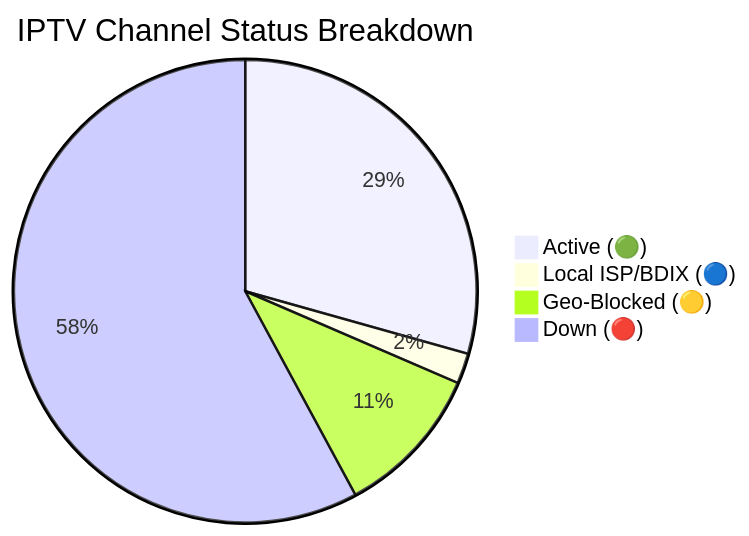
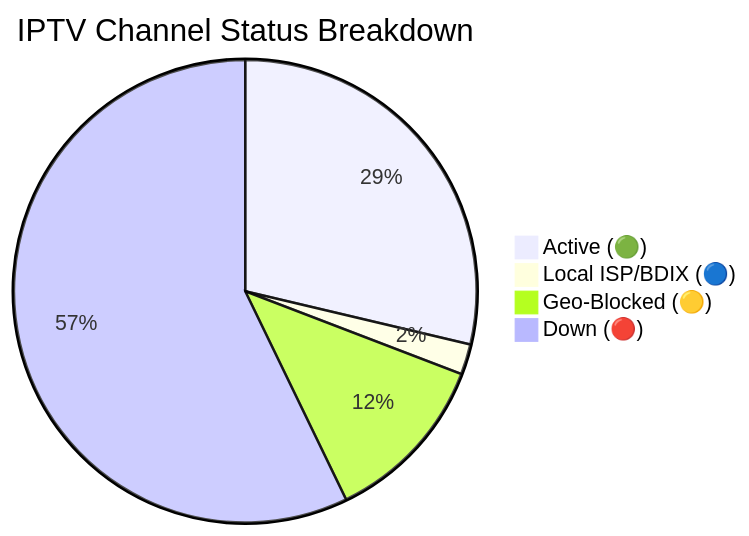
Before and after one commit to andreataylord/Ip-tv-Collection: the diagram in README.md, drawn with Mermaid. The commit also changed other lines of this file and 1 other file, not shown here.

Commit message:
docs(readme): auto-update daily channel status chart

````diff
--- a/README.md
+++ b/README.md
@@ -59,7 +59,7 @@
 ```mermaid
 pie title IPTV Channel Status Breakdown
-    "Active (🟢)" : 1769
+    "Active (🟢)" : 1729
     "Local ISP/BDIX (🔵)" : 128
-    "Geo-Blocked (🟡)" : 640
-    "Down (🔴)" : 3488
+    "Geo-Blocked (🟡)" : 723
+    "Down (🔴)" : 3445
 ```
````
